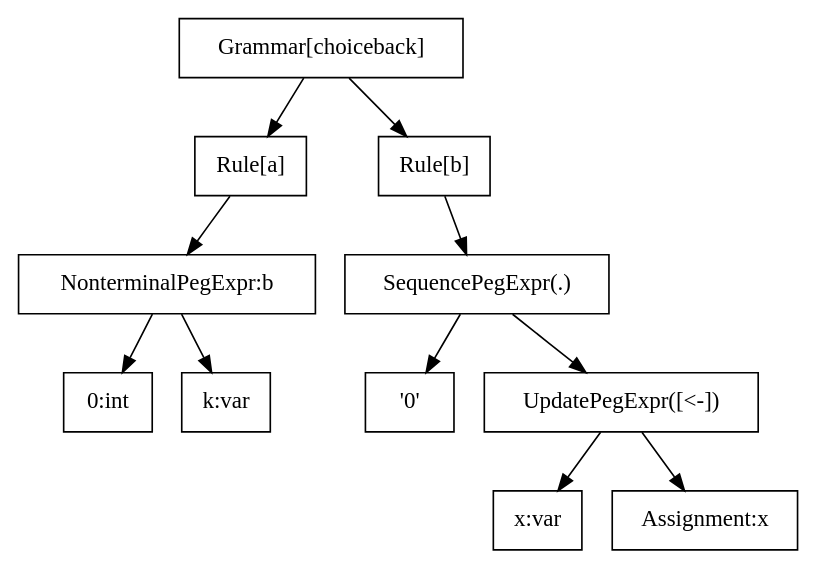
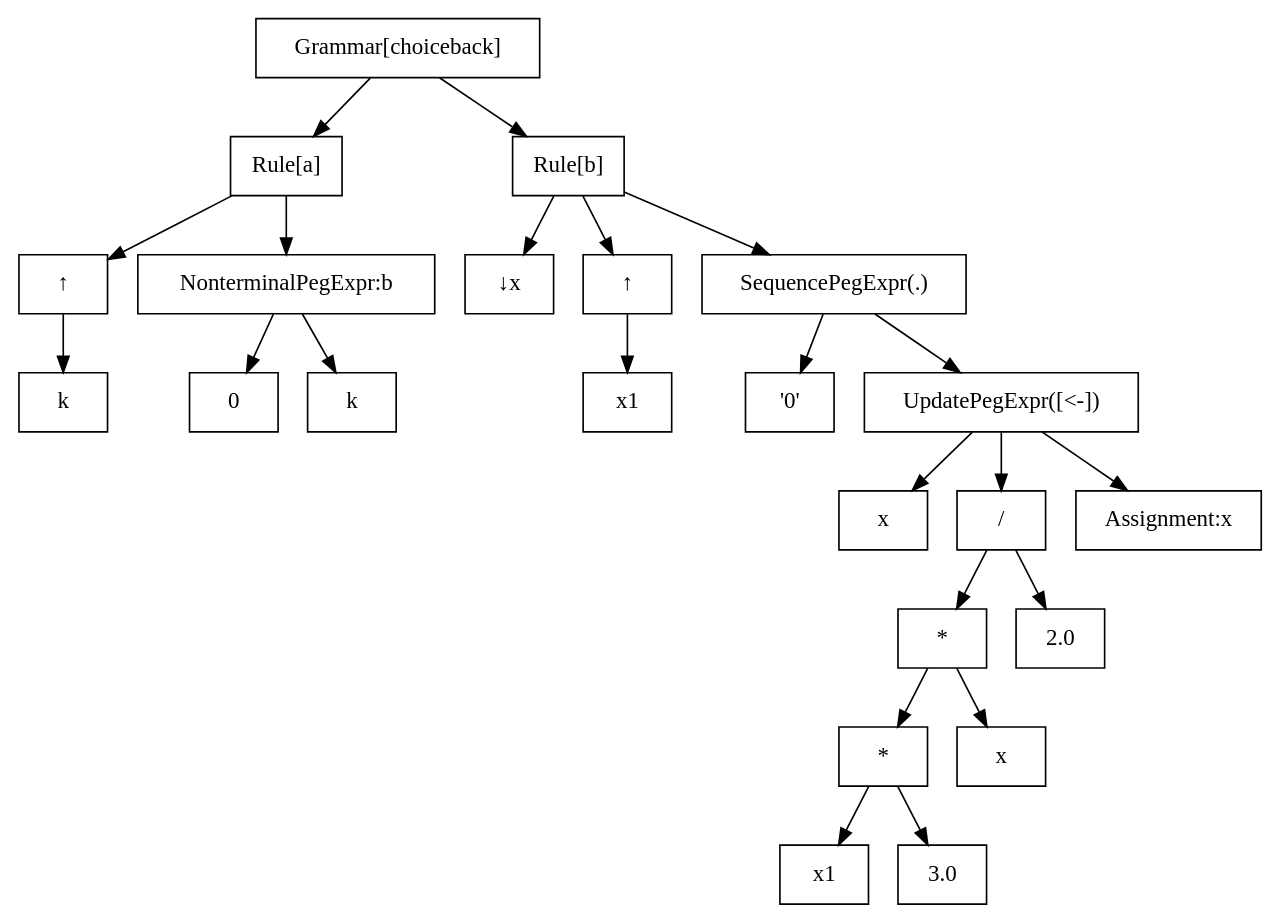
The diagram in language/code/compiler/output/grammar13.dot (lives-group/APEG), drawn with Graphviz before and after one commit. The commit also changed 34 other files, not shown here.

```diff
--- a/language/code/compiler/output/grammar13.dot
+++ b/language/code/compiler/output/grammar13.dot
@@ -1,25 +1,49 @@
 Digraph choiceback {
   node [shape="box"];
   grammar [label = "Grammar[choiceback]"];
 
   aRule [label = "Rule[a]"];
   grammar -> aRule;
+  attributeExpr0 [label = "k"];
+  SynAtt1 -> attributeExpr0;
+  SynAtt1 [label = "↑"];
+  aRule -> SynAtt1;
   NonterminalPeg0 [label = "NonterminalPegExpr:b"];
   aRule -> NonterminalPeg0;
-  IntLiteralExpr0 [label = "0:int"];
-  NonterminalPeg0 -> IntLiteralExpr0;
-  attributeExpr1 [label = "k:var"];
-  NonterminalPeg0 -> attributeExpr1;
+  IntLiteralExpr1 [label = "0"];
+  NonterminalPeg0 -> IntLiteralExpr1;
+  attributeExpr2 [label = "k"];
+  NonterminalPeg0 -> attributeExpr2;
   bRule [label = "Rule[b]"];
   grammar -> bRule;
+  inh2 [label = "↓x"];
+  bRule -> inh2;
+  attributeExpr3 [label = "x1"];
+  SynAtt3 -> attributeExpr3;
+  SynAtt3 [label = "↑"];
+  bRule -> SynAtt3;
   SequencePeg1 [label = "SequencePegExpr(.)"];
   bRule -> SequencePeg1;
   LiteralPeg2 [label = "'0'"];
   SequencePeg1 -> LiteralPeg2;
   UpdatePeg3 [label = "UpdatePegExpr([<-])"];
   SequencePeg1 -> UpdatePeg3;
-  attributeExpr2 [label = "x:var"];
-  UpdatePeg3 -> attributeExpr2;
-  assignmentNode0 [label = "Assignment:x"];
-  UpdatePeg3 -> assignmentNode0;
+  attributeExpr4 [label = "x"];
+  UpdatePeg3 -> attributeExpr4;
+  DivExpr5 [label = "/"];
+  UpdatePeg3 -> DivExpr5;
+  MultExpr6 [label = "*"];
+  DivExpr5 -> MultExpr6;
+  MultExpr7 [label = "*"];
+  MultExpr6 -> MultExpr7;
+  attributeExpr8 [label = "x1"];
+  MultExpr7 -> attributeExpr8;
+  FloatLiteralExpr9 [label = "3.0"];
+  MultExpr7 -> FloatLiteralExpr9;
+  attributeExpr10 [label = "x"];
+  MultExpr6 -> attributeExpr10;
+  FloatLiteralExpr11 [label = "2.0"];
+  DivExpr5 -> FloatLiteralExpr11;
+  assignmentNode4 [label = "Assignment:x"];
+  UpdatePeg3 -> assignmentNode4;
 }
```
